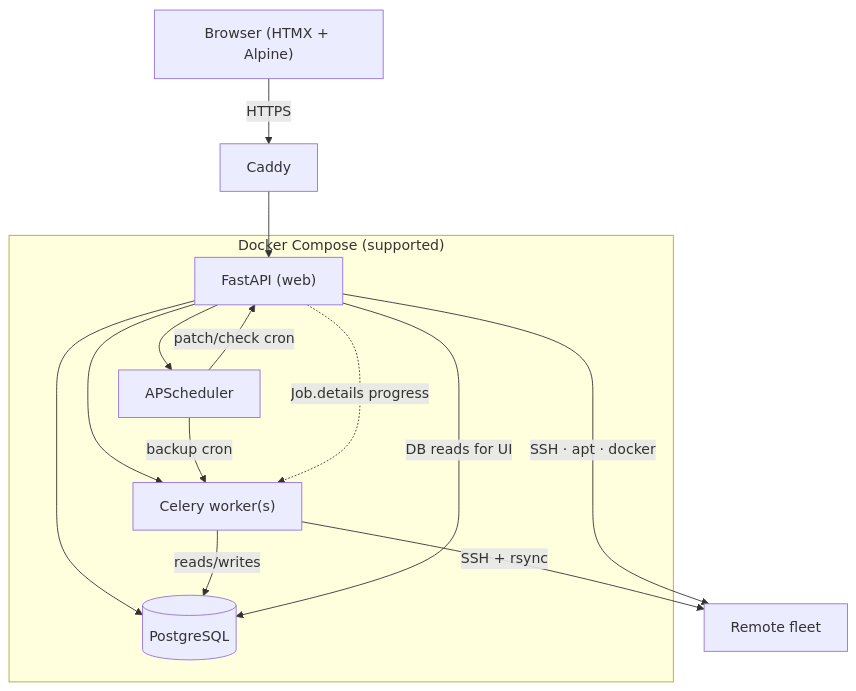
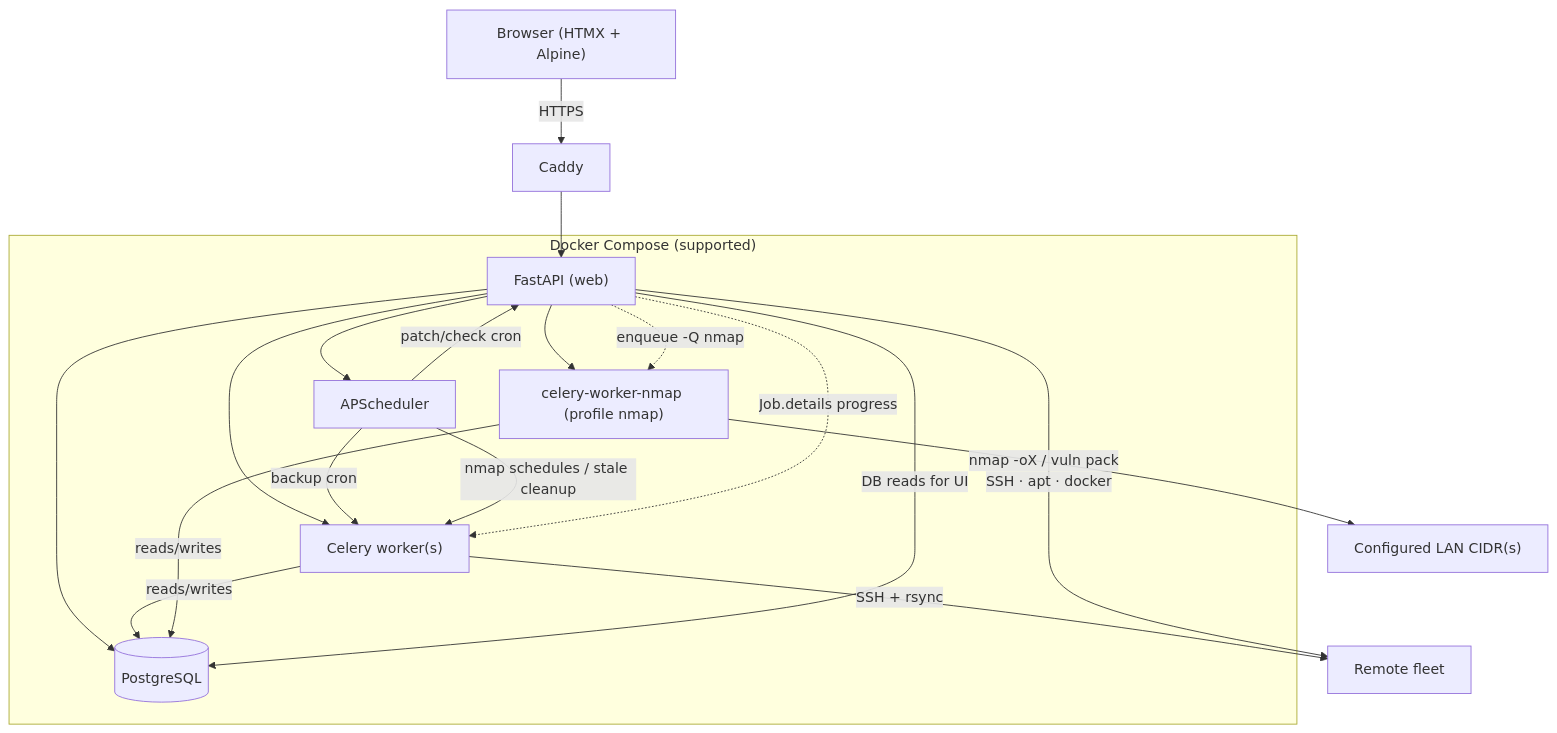
Before and after one commit to bjorngluck/piherder: the diagram in wiki/developers/architecture.md, drawn with Mermaid. The commit also changed other lines of this file and 47 other files, not shown here.

First line of the commit message:
feat(0.8): nmap deep/vuln, schedule edit, stale cleanup, and docs

````diff
--- a/wiki/developers/architecture.md
+++ b/wiki/developers/architecture.md
@@ -3,19 +3,24 @@
 ```mermaid
 flowchart TB
     Browser["Browser (HTMX + Alpine)"] -->|HTTPS| Caddy
     Caddy --> FastAPI["FastAPI (web)"]
 
     subgraph Core["Docker Compose (supported)"]
         FastAPI --> DB[(PostgreSQL)]
         FastAPI --> Scheduler["APScheduler"]
         FastAPI --> Celery["Celery worker(s)"]
+        FastAPI --> CeleryNmap["celery-worker-nmap (profile nmap)"]
     end
 
     Scheduler -->|backup cron| Celery
+    Scheduler -->|nmap schedules / stale cleanup| Celery
     Scheduler -->|patch/check cron| FastAPI
     Celery -->|reads/writes| DB
     Celery -->|SSH + rsync| PiFleet["Remote fleet"]
+    CeleryNmap -->|nmap -oX / vuln pack| LAN["Configured LAN CIDR(s)"]
+    CeleryNmap -->|reads/writes| DB
     FastAPI -->|SSH · apt · docker| PiFleet
     FastAPI -->|DB reads for UI| DB
     FastAPI -.->|Job.details progress| Celery
+    FastAPI -.->|enqueue -Q nmap| CeleryNmap
 ```
````
